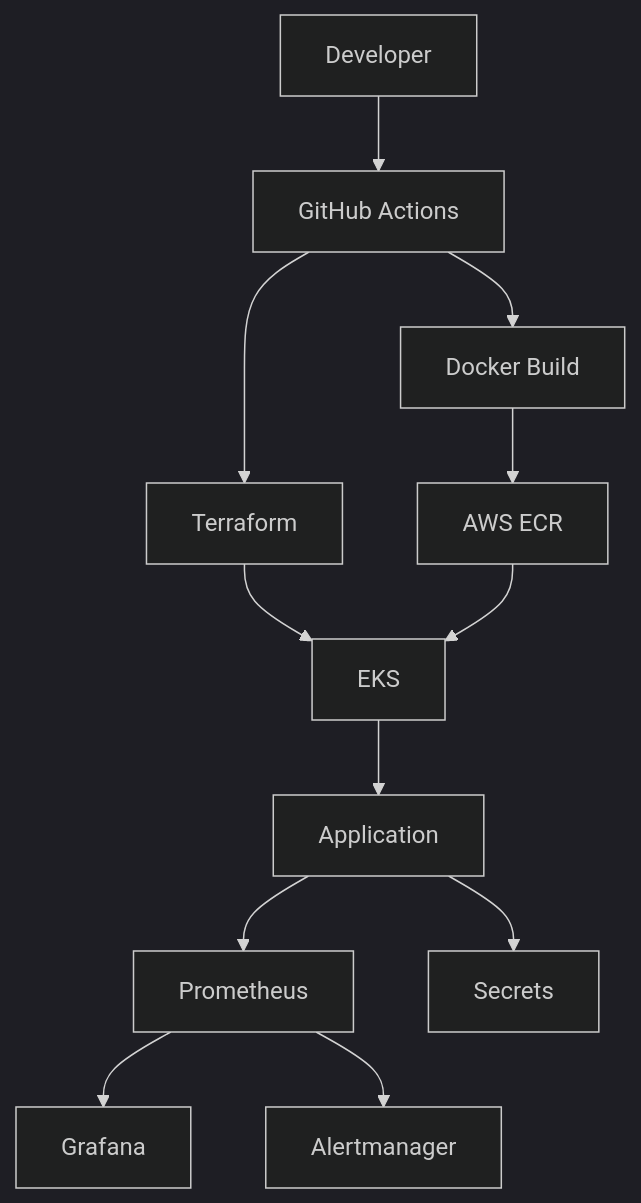
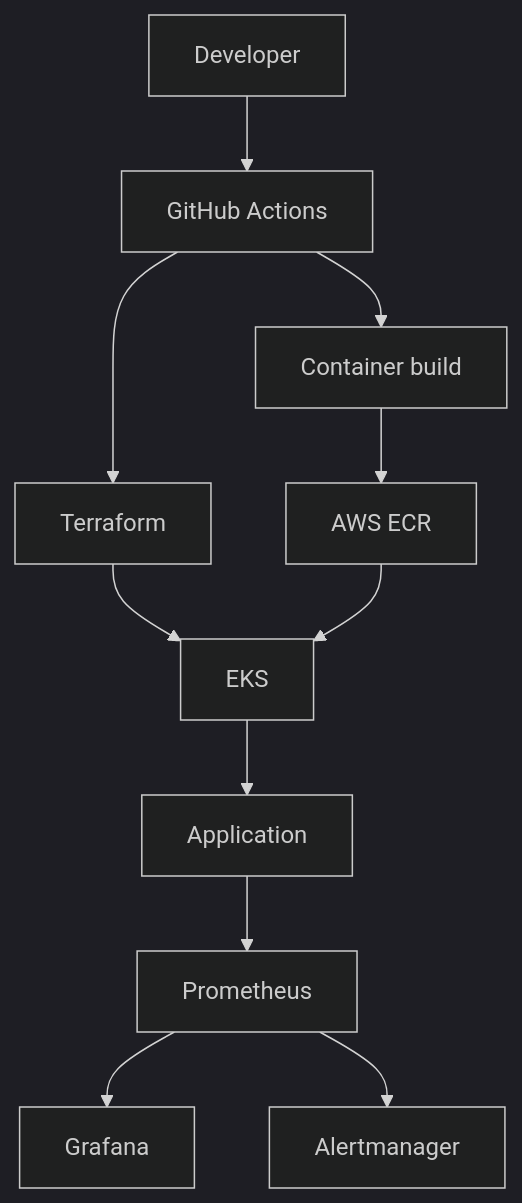
One commit to AloneRider-pixel/cloud-native-platform changed the diagram in README.md. Above: the diagram before and after it, drawn with Mermaid (dark theme). The commit also changed other lines of this file, not shown here.

````diff
--- a/README.md
+++ b/README.md
@@ -11,14 +11,13 @@
 ```mermaid
 graph TB
     DEV[Developer] --> CI[GitHub Actions]
-    CI --> BUILD[Docker Build]
+    CI --> BUILD[Container build]
     BUILD --> ECR[AWS ECR]
     CI --> TF[Terraform]
     TF --> EKS[EKS]
     ECR --> EKS
     EKS --> APP[Application]
     APP --> PROM[Prometheus]
     PROM --> GRAF[Grafana]
     PROM --> ALERT[Alertmanager]
-    APP --> SEC[Secrets]
 ```
````
